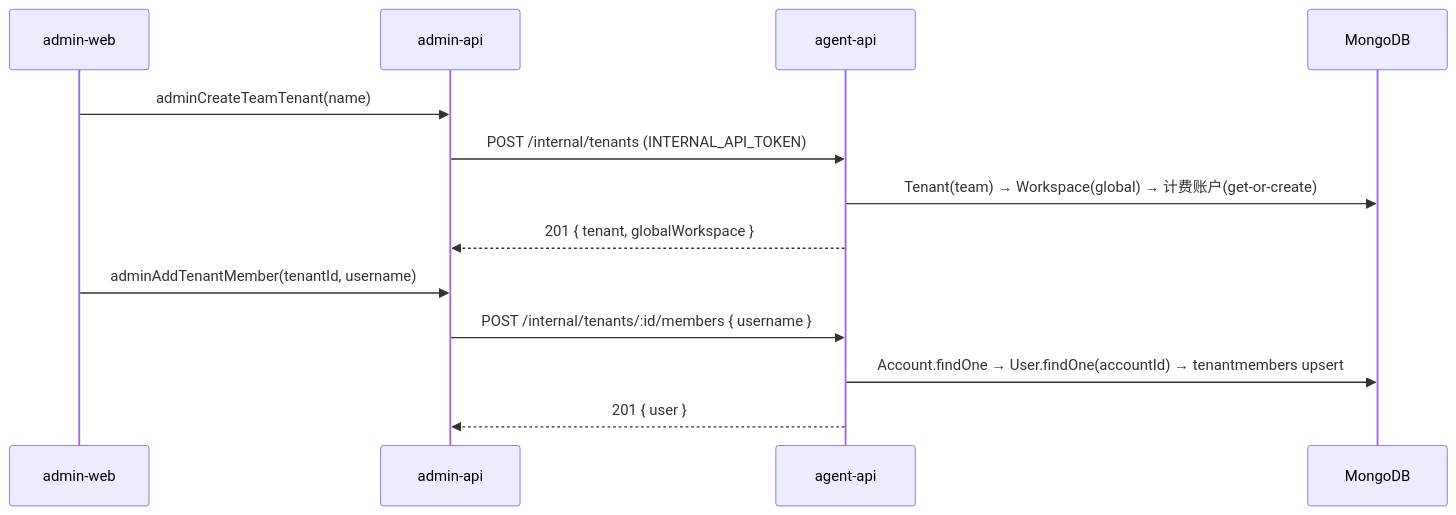
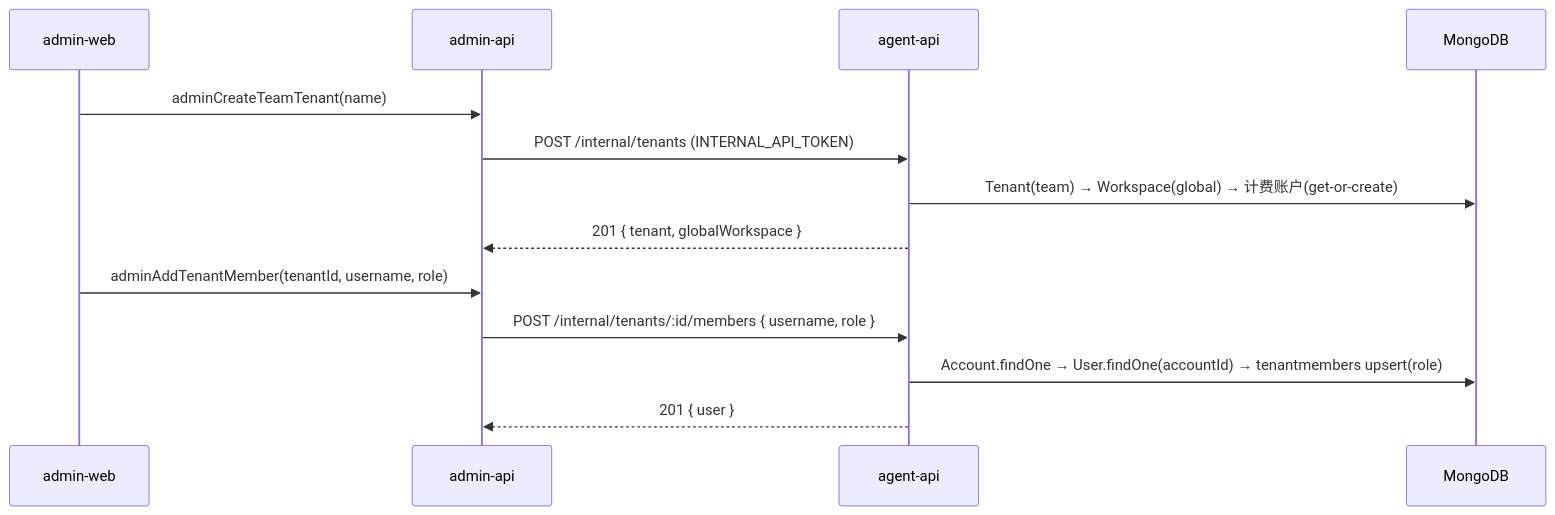
Before and after one commit to Deliay/z-agent-gear: the fourth of 8 diagrams in docs/engineering/proposals/20261028-feat-multi-tenant-phase2.md, drawn with Mermaid. The commit also changed other lines of this file and 3 other files, not shown here.

````diff
--- a/docs/engineering/proposals/20261028-feat-multi-tenant-phase2.md
+++ b/docs/engineering/proposals/20261028-feat-multi-tenant-phase2.md
@@ -386,15 +444,15 @@
 ```mermaid
 sequenceDiagram
     participant AD as admin-web
     participant AA as admin-api
     participant AG as agent-api
     participant D as MongoDB
     AD->>AA: adminCreateTeamTenant(name)
     AA->>AG: POST /internal/tenants (INTERNAL_API_TOKEN)
     AG->>D: Tenant(team) → Workspace(global) → 计费账户(get-or-create)
     AG-->>AA: 201 { tenant, globalWorkspace }
-    AD->>AA: adminAddTenantMember(tenantId, username)
-    AA->>AG: POST /internal/tenants/:id/members { username }
-    AG->>D: Account.findOne → User.findOne(accountId) → tenantmembers upsert
+    AD->>AA: adminAddTenantMember(tenantId, username, role)
+    AA->>AG: POST /internal/tenants/:id/members { username, role }
+    AG->>D: Account.findOne → User.findOne(accountId) → tenantmembers upsert(role)
     AG-->>AA: 201 { user }
 ```
````
